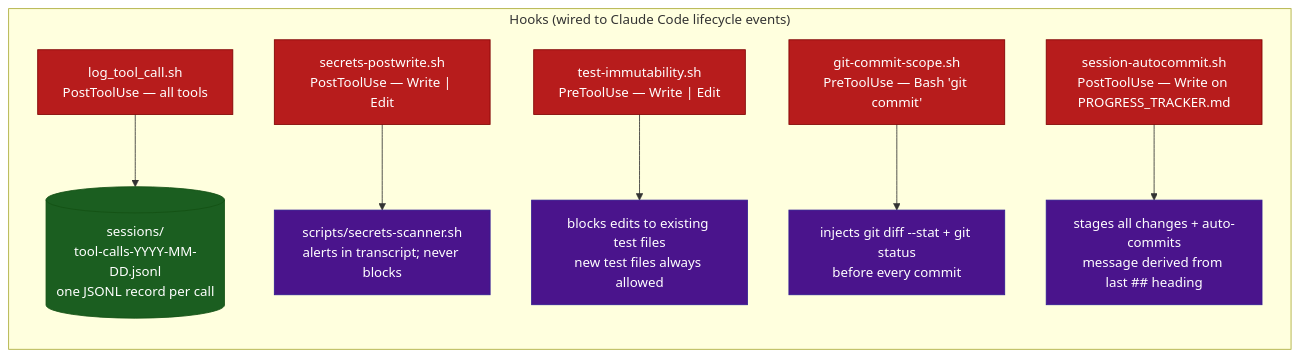
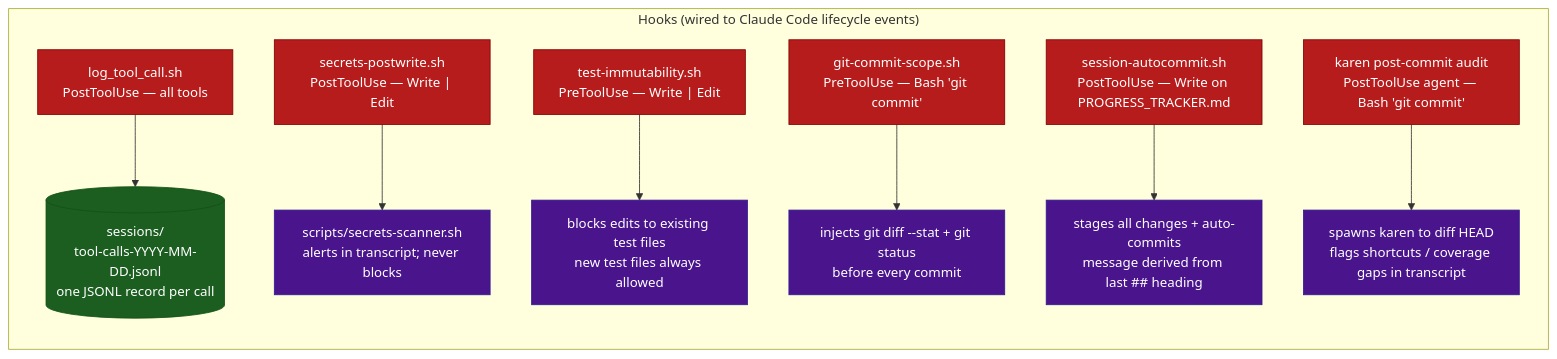
The second of 2 diagrams in docs/SDLC_FLOWCHART.md (THISBROJJ/EFF-IT), drawn with Mermaid before and after one commit.

Commit message:
docs: updated flowchart to reflect latest code changes.

````diff
--- a/docs/SDLC_FLOWCHART.md
+++ b/docs/SDLC_FLOWCHART.md
@@ -131,25 +131,28 @@
 ```mermaid
 flowchart LR
     classDef hook     fill:#B71C1C,stroke:#7F0000,color:#fff
     classDef artifact fill:#1B5E20,stroke:#145214,color:#fff
     classDef guard    fill:#4A148C,stroke:#311B92,color:#fff
 
     subgraph HOOKS ["Hooks (wired to Claude Code lifecycle events)"]
         direction TB
 
         H1["log_tool_call.sh\nPostToolUse — all tools"]:::hook
         H1 --> JSONL[("sessions/\ntool-calls-YYYY-MM-DD.jsonl\none JSONL record per call")]:::artifact
 
         H2["secrets-postwrite.sh\nPostToolUse — Write | Edit"]:::hook
         H2 --> SCAN["scripts/secrets-scanner.sh\nalerts in transcript; never blocks"]:::guard
 
         H3["test-immutability.sh\nPreToolUse — Write | Edit"]:::hook
         H3 --> IMMUT["blocks edits to existing test files\nnew test files always allowed"]:::guard
 
         H4["git-commit-scope.sh\nPreToolUse — Bash 'git commit'"]:::hook
         H4 --> DIFF["injects git diff --stat + git status\nbefore every commit"]:::guard
 
         H5["session-autocommit.sh\nPostToolUse — Write on PROGRESS_TRACKER.md"]:::hook
         H5 --> AUTOCOMMIT["stages all changes + auto-commits\nmessage derived from last ## heading"]:::guard
+
+        H6["karen post-commit audit\nPostToolUse agent — Bash 'git commit'"]:::hook
+        H6 --> KAREN_AUDIT["spawns karen to diff HEAD\nflags shortcuts / coverage gaps in transcript"]:::guard
     end
 ```
````
